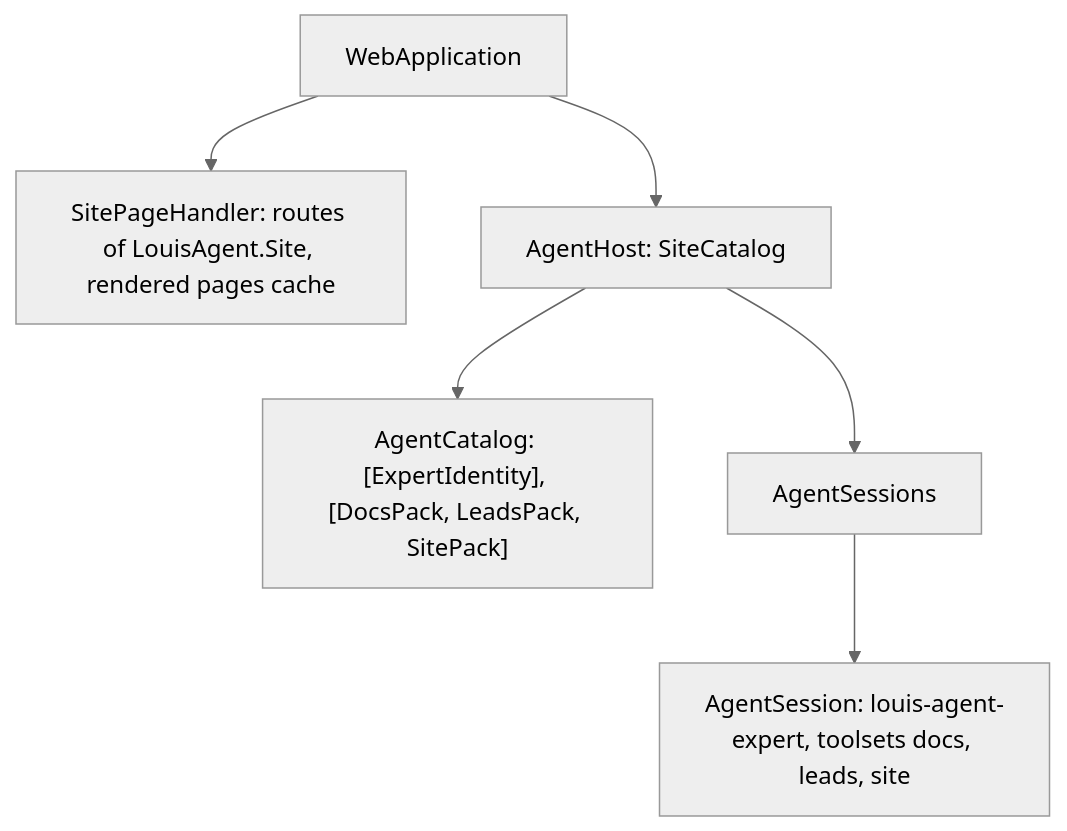
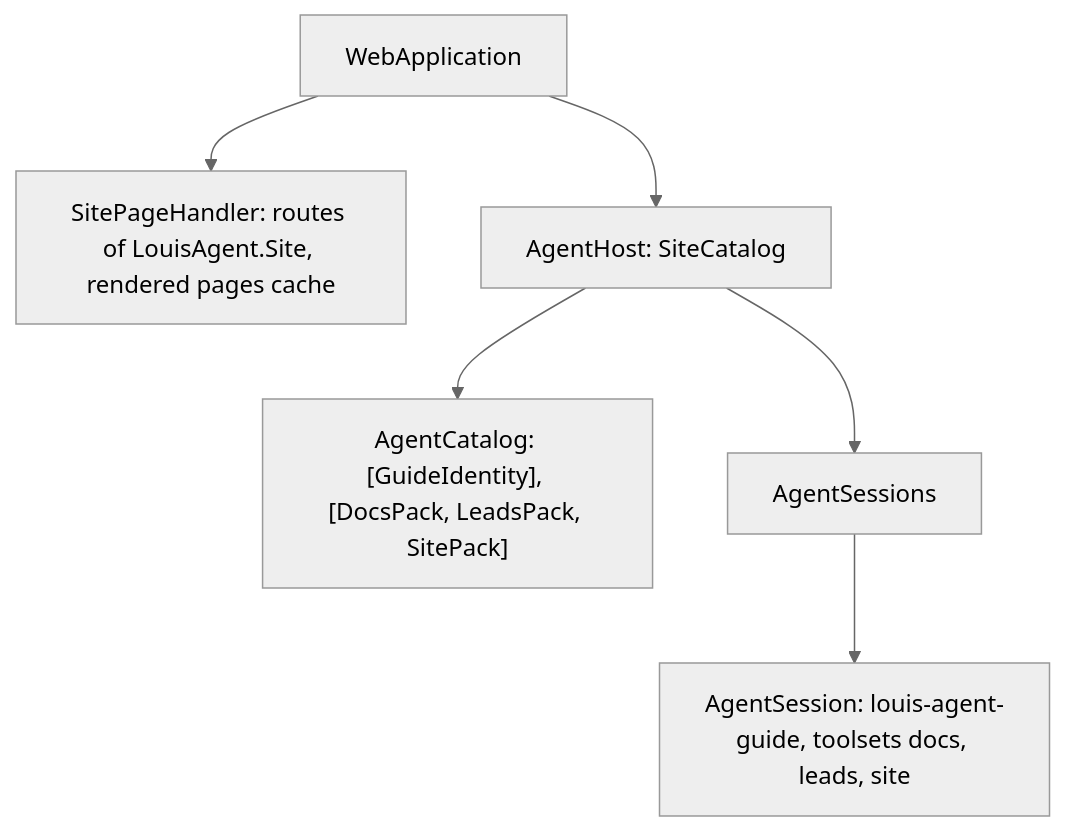
The fourth of 4 diagrams in src/docs/plans/F124-the-frameworks-website.md (bosbevk/louis-agent), drawn with Mermaid (neutral theme) before and after one commit. The commit also changed other lines of this file and 1 other file, not shown here.

Commit message:
docs(f124): the plan with Louis's picks - 1A, 2A, 3B (the guide renamed louis-agent-guide)

````diff
--- a/src/docs/plans/F124-the-frameworks-website.md
+++ b/src/docs/plans/F124-the-frameworks-website.md
@@ -119,8 +133,8 @@
 ```mermaid
 flowchart TB
     app["WebApplication"] --> handler["SitePageHandler: routes of LouisAgent.Site, rendered pages cache"]
     app --> host["AgentHost: SiteCatalog"]
-    host --> catalog["AgentCatalog: [ExpertIdentity], [DocsPack, LeadsPack, SitePack]"]
+    host --> catalog["AgentCatalog: [GuideIdentity], [DocsPack, LeadsPack, SitePack]"]
     host --> sessions["AgentSessions"]
-    sessions --> session["AgentSession: louis-agent-expert, toolsets docs, leads, site"]
+    sessions --> session["AgentSession: louis-agent-guide, toolsets docs, leads, site"]
 ```
````
